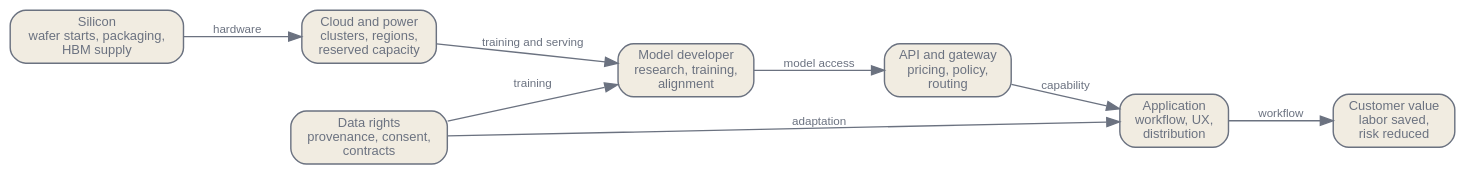
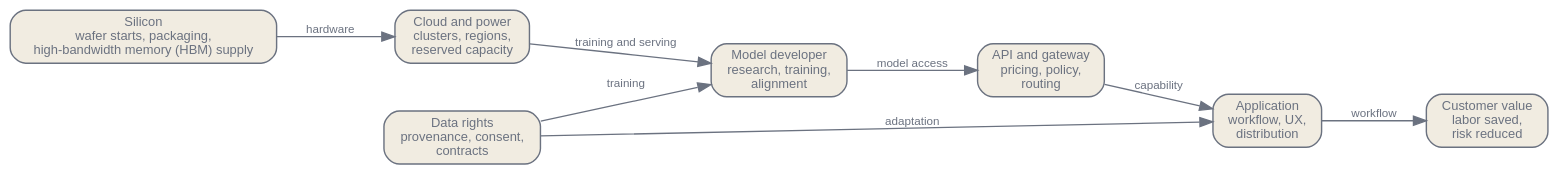
Before and after one commit to latere-ai/ai-as-an-infrastructure: the diagram in en/ecosystem/04-market-structure.qmd, drawn with Graphviz. The commit also changed other lines of this file and 10 other files, not shown here.

````diff
--- a/en/ecosystem/04-market-structure.qmd
+++ b/en/ecosystem/04-market-structure.qmd
@@ -22,27 +22,27 @@
 ```{dot}
 //| label: fig-market-structure-chain
 //| fig-cap: "The AI value chain as a constraint chain. A downstream application sees one API, but the constraints upstream are physical, financial, legal, and operational."
 digraph ai_value_chain {
   bgcolor="transparent";
   rankdir=LR;
   nodesep=0.38; ranksep=0.55;
   node [shape=box, style="rounded,filled", fontname="Helvetica", fontsize=10, color="#6b7280", fontcolor="#6b7280", fillcolor="#f1ece1", penwidth=1.1];
   edge [fontsize=9, fontname="Helvetica", color="#6b7280", fontcolor="#6b7280"];
 
-  silicon [label="Silicon\nwafer starts, packaging,\nHBM supply"];
+  silicon [label="Silicon\nwafer starts, packaging,\nhigh-bandwidth memory (HBM) supply"];
   cloud [label="Cloud and power\nclusters, regions,\nreserved capacity"];
   lab [label="Model developer\nresearch, training,\nalignment"];
   api [label="API and gateway\npricing, policy,\nrouting"];
   app [label="Application\nworkflow, UX,\ndistribution"];
   data [label="Data rights\nprovenance, consent,\ncontracts"];
   customer [label="Customer value\nlabor saved,\nrisk reduced"];
 
   silicon -> cloud [label="hardware"];
   cloud -> lab [label="training and serving"];
   lab -> api [label="model access"];
   api -> app [label="capability"];
   data -> lab [label="training"];
   data -> app [label="adaptation"];
   app -> customer [label="workflow"];
 }
 ```
````
